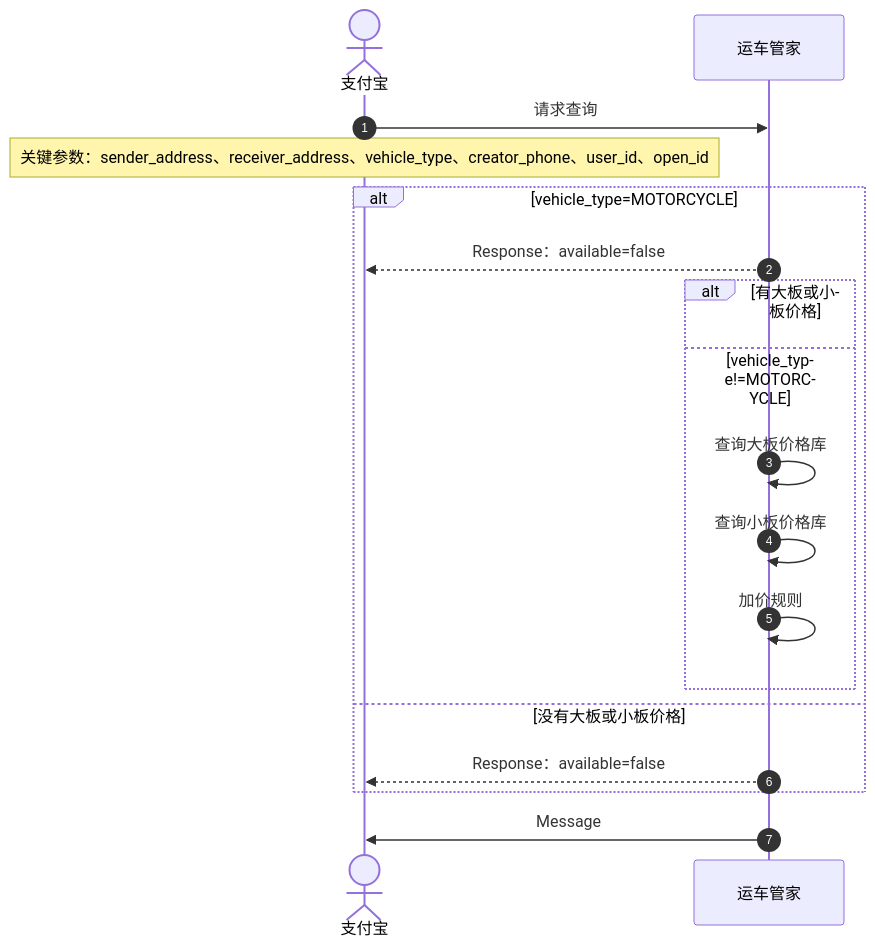
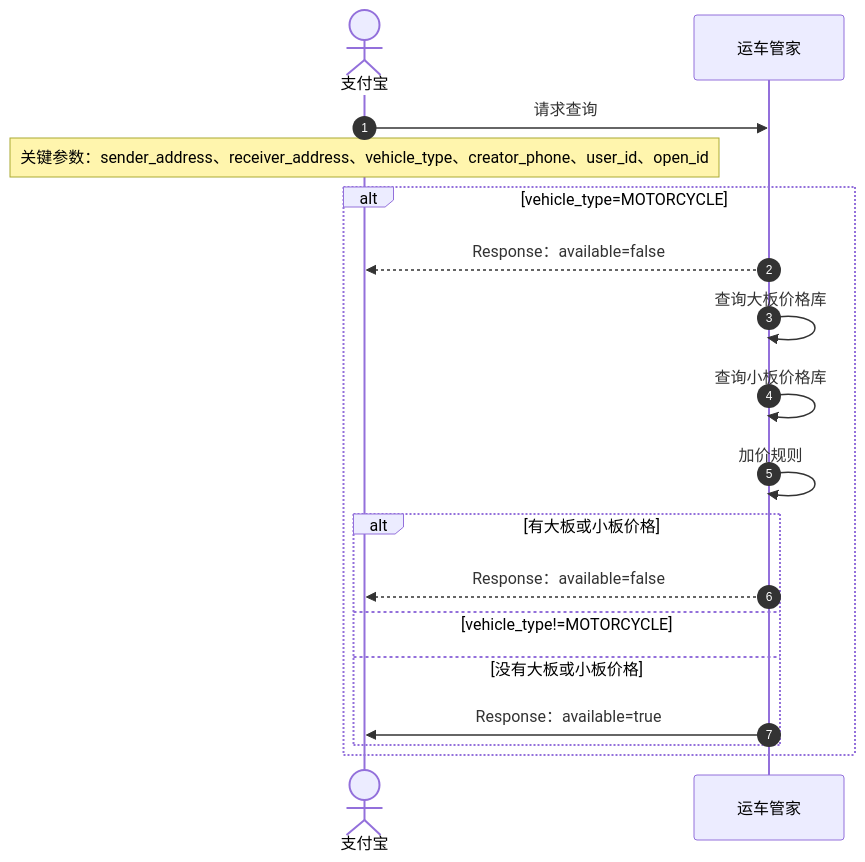
One commit to pingpm/mermaid_vault changed the diagram in mmd/运价查询接口_b66f33fe-f22a-4010-b0a8-42139f03c121.mmd. Above: the diagram before and after it, drawn with Mermaid. The commit also changed 3 other files, not shown here.

Commit message:
Sync Mermaid Studio data (17 diagrams)

```diff
--- a/mmd/运价查询接口_b66f33fe-f22a-4010-b0a8-42139f03c121.mmd
+++ b/mmd/运价查询接口_b66f33fe-f22a-4010-b0a8-42139f03c121.mmd
@@ -1,18 +1,18 @@
 sequenceDiagram
   autonumber
   actor p0 as 支付宝
   participant p1 as 运车管家
   p0->>p1: 请求查询
   Note over p0: 关键参数：sender_address、receiver_address、vehicle_type、creator_phone、user_id、open_id
   alt vehicle_type=MOTORCYCLE
   p1-->>p0: Response：available=false
-  alt 有大板或小板价格
-  else vehicle_type!=MOTORCYCLE
   p1->>p1: 查询大板价格库
   p1->>p1: 查询小板价格库
   p1->>p1: 加价规则
+  alt 有大板或小板价格
+  p1-->>p0: Response：available=false
+  else vehicle_type!=MOTORCYCLE
+  else 没有大板或小板价格
+  p1->>p0: Response：available=true
   end
-  else 没有大板或小板价格
-  p1-->>p0: Response：available=false
   end
-  p1->>p0: Message
```
